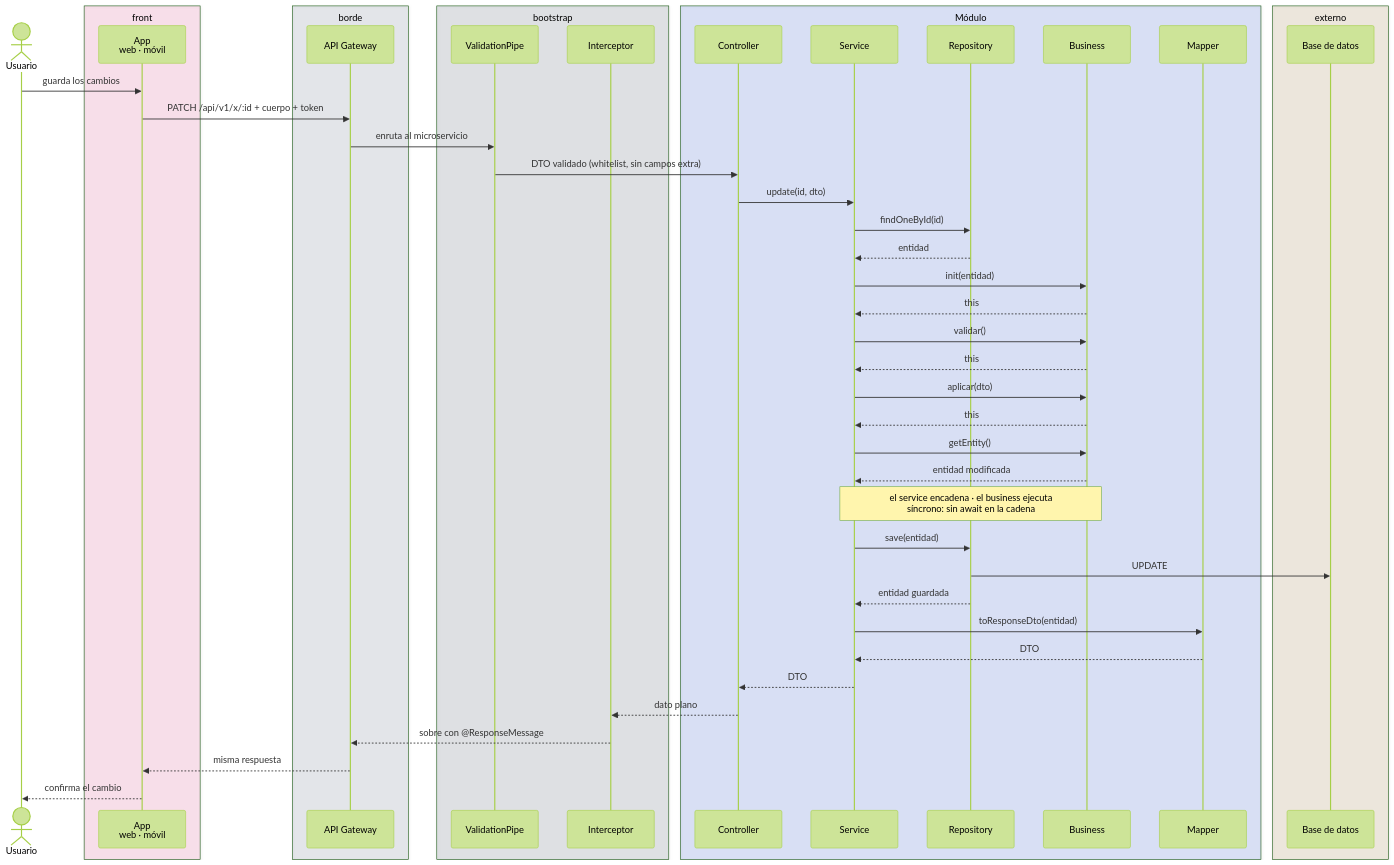
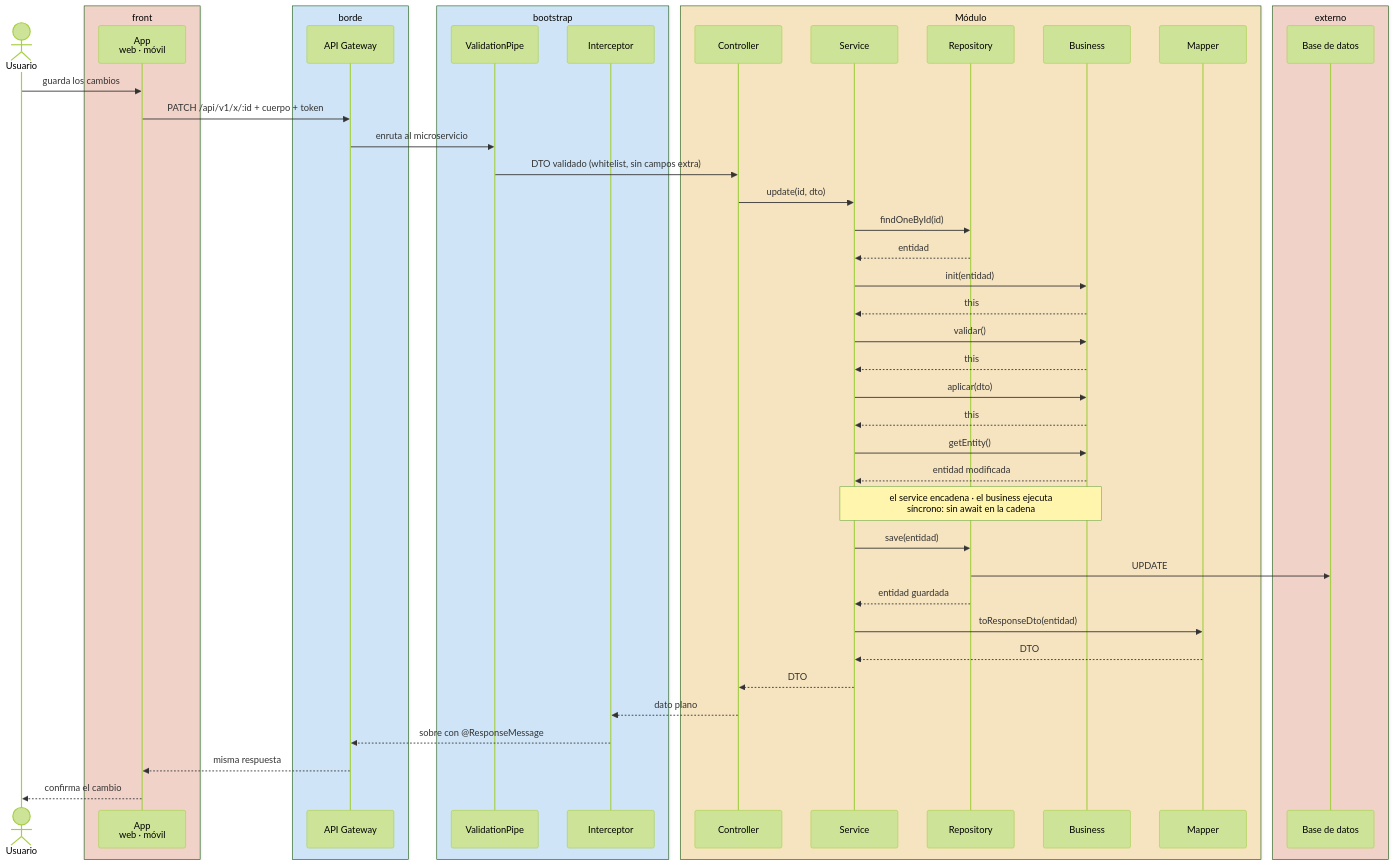
The eighth of 15 diagrams in docs/architecture/modular-microservice.md (pcarroza91/nest-template), drawn with Mermaid (forest theme) before and after one commit. The commit also changed other lines of this file and 2 other files, not shown here.

First line of the commit message:
docs(architecture): aplica el estilo pastel por rol a los diagramas Mermaid

````diff
--- a/docs/architecture/modular-microservice.md
+++ b/docs/architecture/modular-microservice.md
@@ -521,51 +508,51 @@
 ```mermaid
 sequenceDiagram
     actor U as Usuario
-    box rgba(225,29,116,0.12) front
+    box rgba(246,193,178,0.6) front
         participant FE as App<br/>web · móvil
     end
-    box rgba(100,116,139,0.15) borde
+    box rgba(188,225,255,0.6) borde
         participant GW as API Gateway
     end
-    box rgba(71,85,105,0.15) bootstrap
+    box rgba(188,225,255,0.6) bootstrap
         participant P as ValidationPipe
         participant I as Interceptor
     end
-    box rgba(29,78,216,0.15) Módulo
+    box rgba(253,224,163,0.6) Módulo
         participant C as Controller
         participant S as Service
         participant R as Repository
         participant B as Business
         participant M as Mapper
     end
-    box rgba(160,124,59,0.15) externo
+    box rgba(246,193,178,0.6) externo
         participant DB as Base de datos
     end
 
     U->>FE: guarda los cambios
     FE->>GW: PATCH /api/v1/x/:id + cuerpo + token
     GW->>P: enruta al microservicio
     P->>C: DTO validado (whitelist, sin campos extra)
     C->>S: update(id, dto)
     S->>R: findOneById(id)
     R-->>S: entidad
     S->>B: init(entidad)
     B-->>S: this
     S->>B: validar()
     B-->>S: this
     S->>B: aplicar(dto)
     B-->>S: this
     S->>B: getEntity()
     B-->>S: entidad modificada
     Note over S,B: el service encadena · el business ejecuta<br/>síncrono: sin await en la cadena
     S->>R: save(entidad)
     R->>DB: UPDATE
     R-->>S: entidad guardada
     S->>M: toResponseDto(entidad)
     M-->>S: DTO
     S-->>C: DTO
     C-->>I: dato plano
     I-->>GW: sobre con @ResponseMessage
     GW-->>FE: misma respuesta
     FE-->>U: confirma el cambio
 ```
````
